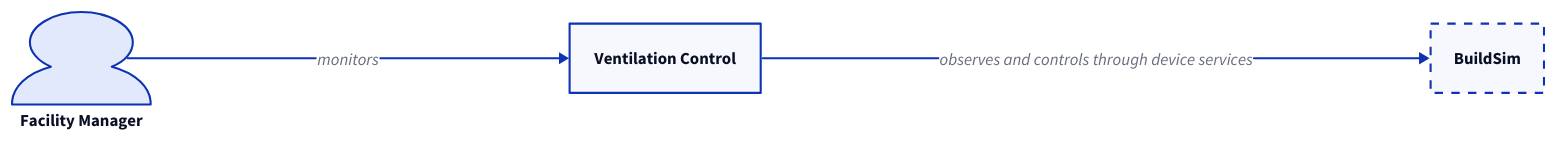
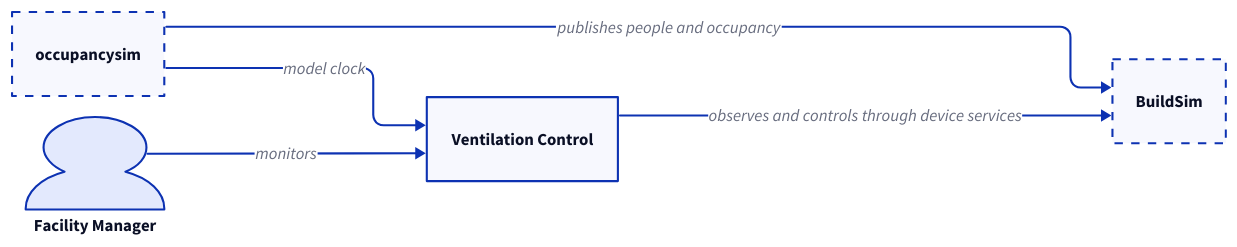
The diagram in docs/diagrams/context.d2 (MisterD0ctor/d7065e-project), drawn with D2 before and after one commit. The commit also changed 5 other files, not shown here.

First line of the commit message:
docs: align architecture with lecture slides; add contracts and test plan

```diff
--- a/docs/diagrams/context.d2
+++ b/docs/diagrams/context.d2
@@ -1,12 +1,23 @@
+vars: {
+  d2-config: {
+    layout-engine: elk
+  }
+}
+
 direction: right
 
 manager: Facility Manager {
   shape: person
 }
 control: Ventilation Control
 buildsim: BuildSim {
   style.stroke-dash: 4
 }
+occupancysim: occupancysim {
+  style.stroke-dash: 4
+}
 
 manager -> control: monitors
 control -> buildsim: observes and controls through device services
+occupancysim -> buildsim: publishes people and occupancy
+occupancysim -> control: model clock
```
